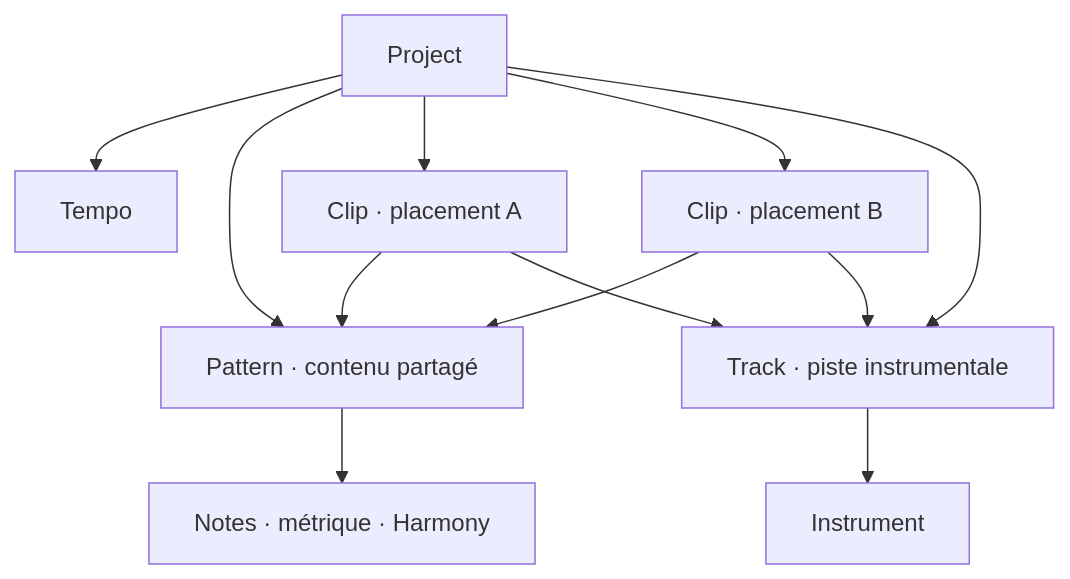
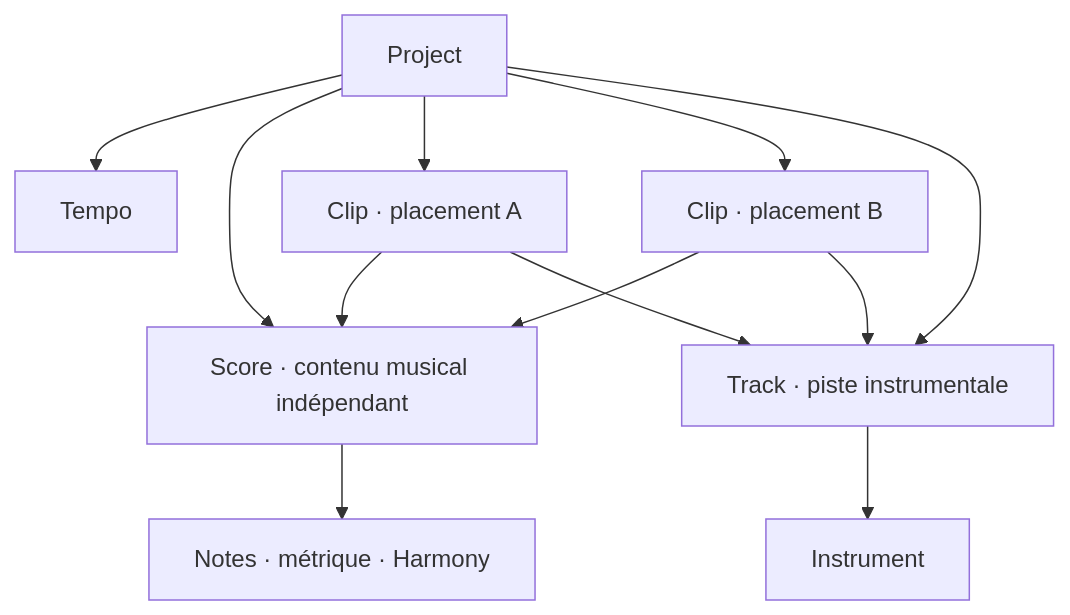
Before and after one commit to LucasBertrand/pianola-doc: the second of 4 diagrams in architecture.md, drawn with Mermaid. The commit also changed other lines of this file and 1 other file, not shown here.

Commit message:
Refactorise la documentation autour de Score

````diff
--- a/architecture.md
+++ b/architecture.md
@@ -85,14 +89,14 @@
 ```mermaid
 flowchart TD
     Project --> Tempo
-    Project --> Pattern["Pattern · contenu partagé"]
+    Project --> Score["Score · contenu musical indépendant"]
     Project --> OccA["Clip · placement A"]
     Project --> OccB["Clip · placement B"]
-    OccA --> Pattern
-    OccB --> Pattern
+    OccA --> Score
+    OccB --> Score
     Project --> Track["Track · piste instrumentale"]
     OccA --> Track
     OccB --> Track
     Track --> Instrument
-    Pattern --> Content["Notes · métrique · Harmony"]
+    Score --> Content["Notes · métrique · Harmony"]
 ```
````
